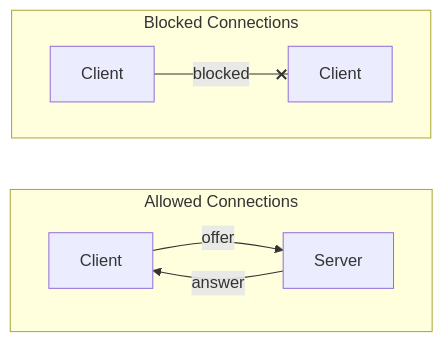
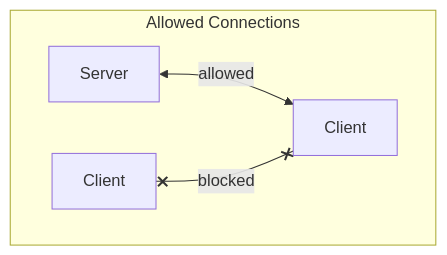
The third of 3 diagrams in docs/signalling.md (briansemrau/io-game-framework), drawn with Mermaid before and after one commit. The commit also changed other lines of this file and 1 other file, not shown here.

````diff
--- a/docs/signalling.md
+++ b/docs/signalling.md
@@ -110,13 +128,8 @@
 ```mermaid
 graph LR
     subgraph Allowed Connections
         direction LR
-        A[Client] -->|offer| B[Server]
-        B -->|answer| A
-    end
-
-    subgraph Blocked Connections
-        direction LR
-        C[Client] --x |blocked| D[Client]
+        A[Server] <-->|allowed| B[Client]
+        C[Client] x--x |blocked| B
     end
 ```
````
